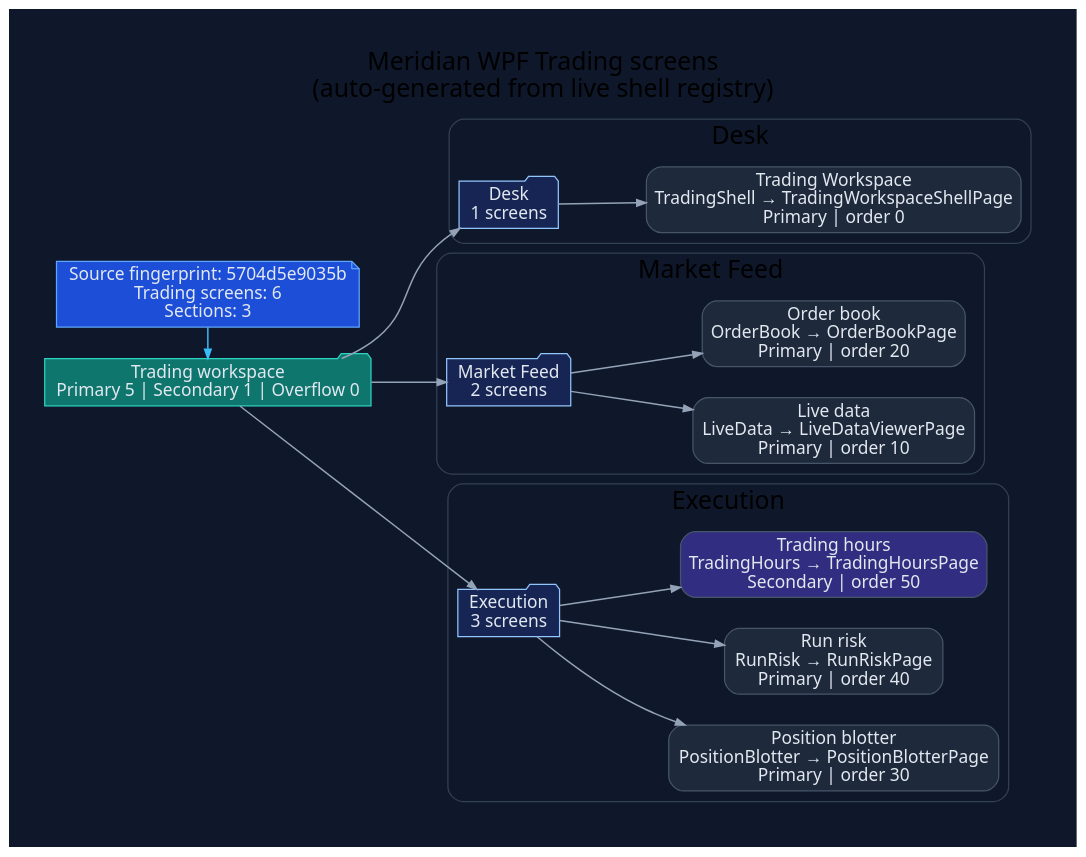
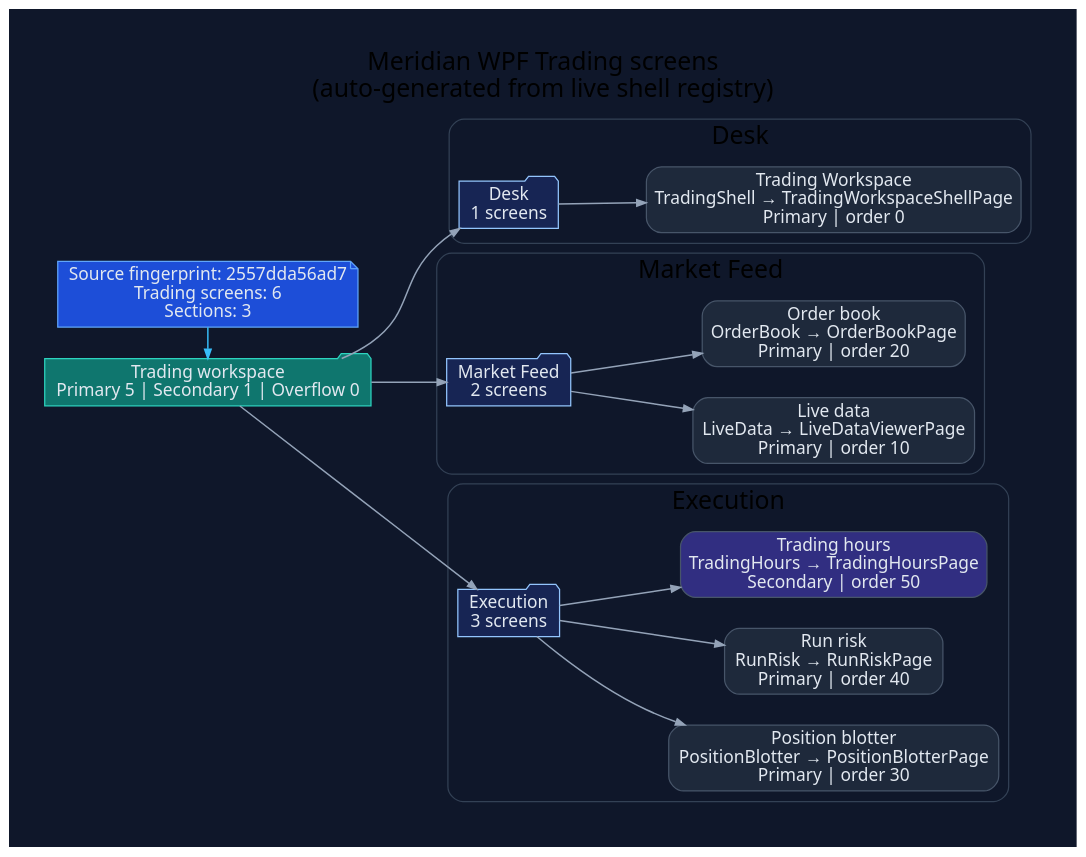
The diagram in docs/diagrams/ui/ui-wpf-screens-trading.dot (rodoHasArrived/Meridian-main), drawn with Graphviz before and after one commit. The commit also changed 45 other files, not shown here.

Commit message:
Regenerate WPF diagrams for tenant startup readiness

```diff
--- a/docs/diagrams/ui/ui-wpf-screens-trading.dot
+++ b/docs/diagrams/ui/ui-wpf-screens-trading.dot
@@ -1,62 +1,62 @@
 // -----------------------------------------------------------------------------
 // <auto-generated>
 // Generated by scripts/generate-diagrams.mjs.
 // Do not edit this file directly; update the WPF source files instead.
 // -----------------------------------------------------------------------------
 digraph WpfTradingScreens {
   graph [
     rankdir=LR,
     labelloc=t,
     label="Meridian WPF Trading screens\n(auto-generated from live shell registry)",
     fontname="Segoe UI",
     fontsize=20,
     pad=0.4,
     nodesep=0.35,
     ranksep=0.85,
     bgcolor="#0f172a"
   ];
   node [fontname="Segoe UI", shape=box, style="rounded,filled", color="#475569", fontcolor="#e2e8f0", fillcolor="#1e293b"];
   edge [fontname="Segoe UI", color="#94a3b8", penwidth=1.2, arrowsize=0.75];
 
-  generated [shape=note, fillcolor="#1d4ed8", color="#60a5fa", label="Source fingerprint: 5704d5e9035b\nTrading screens: 6\nSections: 3"];
+  generated [shape=note, fillcolor="#1d4ed8", color="#60a5fa", label="Source fingerprint: 2557dda56ad7\nTrading screens: 6\nSections: 3"];
   workspace [shape=folder, fillcolor="#0f766e", color="#2dd4bf", label="Trading workspace\nPrimary 5 | Secondary 1 | Overflow 0"];
   generated -> workspace [color="#38bdf8"];
 
   subgraph cluster_section_1 {
     label="Desk";
     color="#334155";
     style="rounded";
     section_1 [shape=folder, fillcolor="#172554", color="#93c5fd", label="Desk\n1 screens"];
     workspace -> section_1;
     screen_TradingShell [fillcolor="#1e293b", label="Trading Workspace\nTradingShell → TradingWorkspaceShellPage\nPrimary | order 0"];
     section_1 -> screen_TradingShell;
   }
 
   subgraph cluster_section_2 {
     label="Market Feed";
     color="#334155";
     style="rounded";
     section_2 [shape=folder, fillcolor="#172554", color="#93c5fd", label="Market Feed\n2 screens"];
     workspace -> section_2;
     screen_LiveData [fillcolor="#1e293b", label="Live data\nLiveData → LiveDataViewerPage\nPrimary | order 10"];
     section_2 -> screen_LiveData;
     screen_OrderBook [fillcolor="#1e293b", label="Order book\nOrderBook → OrderBookPage\nPrimary | order 20"];
     section_2 -> screen_OrderBook;
   }
 
   subgraph cluster_section_3 {
     label="Execution";
     color="#334155";
     style="rounded";
     section_3 [shape=folder, fillcolor="#172554", color="#93c5fd", label="Execution\n3 screens"];
     workspace -> section_3;
     screen_PositionBlotter [fillcolor="#1e293b", label="Position blotter\nPositionBlotter → PositionBlotterPage\nPrimary | order 30"];
     section_3 -> screen_PositionBlotter;
     screen_RunRisk [fillcolor="#1e293b", label="Run risk\nRunRisk → RunRiskPage\nPrimary | order 40"];
     section_3 -> screen_RunRisk;
     screen_TradingHours [fillcolor="#312e81", label="Trading hours\nTradingHours → TradingHoursPage\nSecondary | order 50"];
     section_3 -> screen_TradingHours;
   }
 
   { rank=min; generated; workspace; }
 }
```
